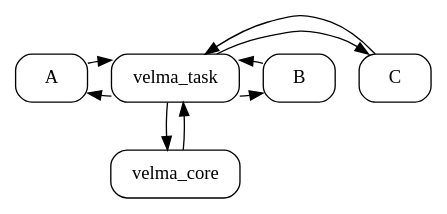
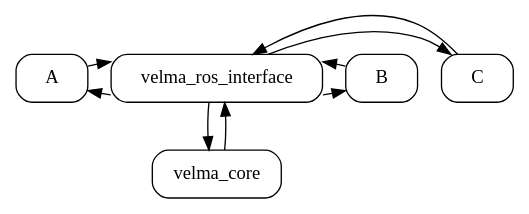
One commit to RCPRG-ros-pkg/velma_docs changed the diagram in public/img/agents_extended.dot. Above: the diagram before and after it, drawn with Graphviz. The commit also changed 12 other files, not shown here.

Commit message:
changed velma_task to velma_ros_interface

```diff
--- a/public/img/agents_extended.dot
+++ b/public/img/agents_extended.dot
@@ -1,22 +1,22 @@
 digraph graphname {
     {rank=same 
     agent_a [style=filled shape=box style=rounded label = "A"];
     agent_b [style=filled shape=box style=rounded label = "B"];
     agent_c [style=filled shape=box style=rounded label = "C"];
-    velma_task [style=filled shape=box style=rounded label = "velma_task"];
+    velma_ros_interface [style=filled shape=box style=rounded label = "velma_ros_interface"];
     }
     {rank=sink velma_core [style=filled shape=box style=rounded label = "velma_core"];}
 
-    velma_task -> velma_core;
-    velma_core -> velma_task;
+    velma_ros_interface -> velma_core;
+    velma_core -> velma_ros_interface;
 
-    velma_task -> agent_a;
-    velma_task -> agent_b;
-    velma_task -> agent_c;
+    velma_ros_interface -> agent_a;
+    velma_ros_interface -> agent_b;
+    velma_ros_interface -> agent_c;
 
-    agent_a -> velma_task;
-    agent_b -> velma_task;
-    agent_c -> velma_task;
+    agent_a -> velma_ros_interface;
+    agent_b -> velma_ros_interface;
+    agent_c -> velma_ros_interface;
 
     margin=0;   # for whole graph
 }
```
